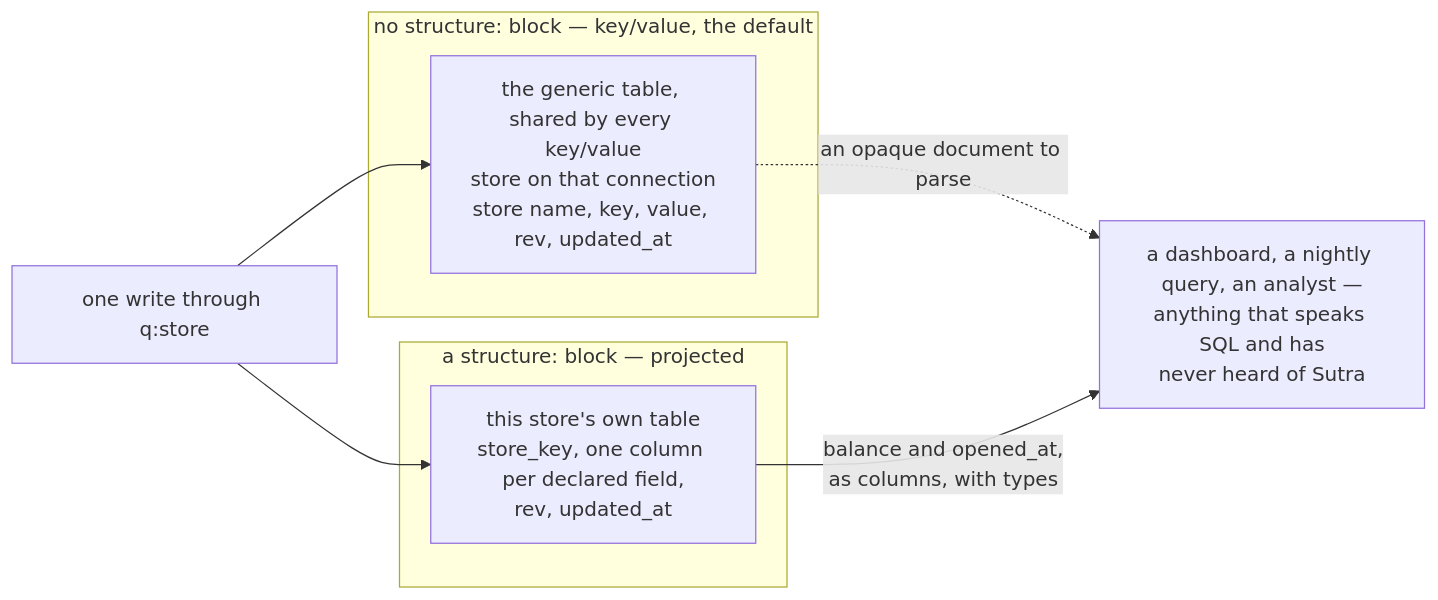
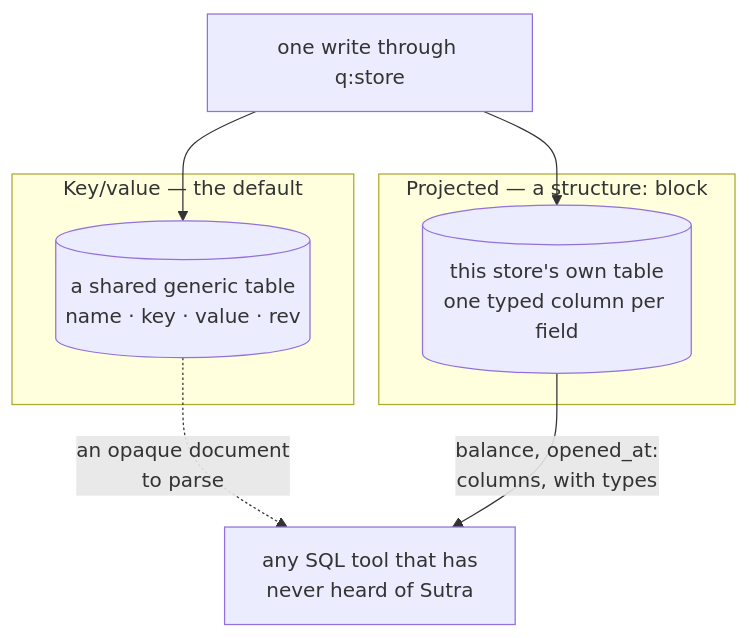
Before and after one commit to startr-trade/sutra: the first of 2 diagrams in docs/src/building/data-stores.md, drawn with Mermaid. The commit also changed other lines of this file and 18 other files, not shown here.

Commit message:
(docs) Update to the documentation diagrams

````diff
--- a/docs/src/building/data-stores.md
+++ b/docs/src/building/data-stores.md
@@ -60,14 +60,17 @@
 ```mermaid
-flowchart LR
+flowchart TD
     W["one write through q:store"]
-    subgraph KV["no structure: block — key/value, the default"]
-        KROW["the generic table, shared by every key/value<br/>store on that connection<br/>store name, key, value, rev, updated_at"]
+
+    subgraph KV["Key/value — the default"]
+        KROW[("a shared generic table<br/>name · key · value · rev")]
     end
-    subgraph PJ["a structure: block — projected"]
-        PROW["this store's own table<br/>store_key, one column per declared field,<br/>rev, updated_at"]
+
+    subgraph PJ["Projected — a structure: block"]
+        PROW[("this store's own table<br/>one typed column per field")]
     end
+
     W --> KROW
     W --> PROW
-    KROW -.->|"an opaque document to parse"| BI["a dashboard, a nightly query, an analyst —<br/>anything that speaks SQL and has<br/>never heard of Sutra"]
-    PROW -->|"balance and opened_at,<br/>as columns, with types"| BI
+    KROW -.->|"an opaque document<br/>to parse"| BI["any SQL tool that has<br/>never heard of Sutra"]
+    PROW -->|"balance, opened_at:<br/>columns, with types"| BI
 ```
````
